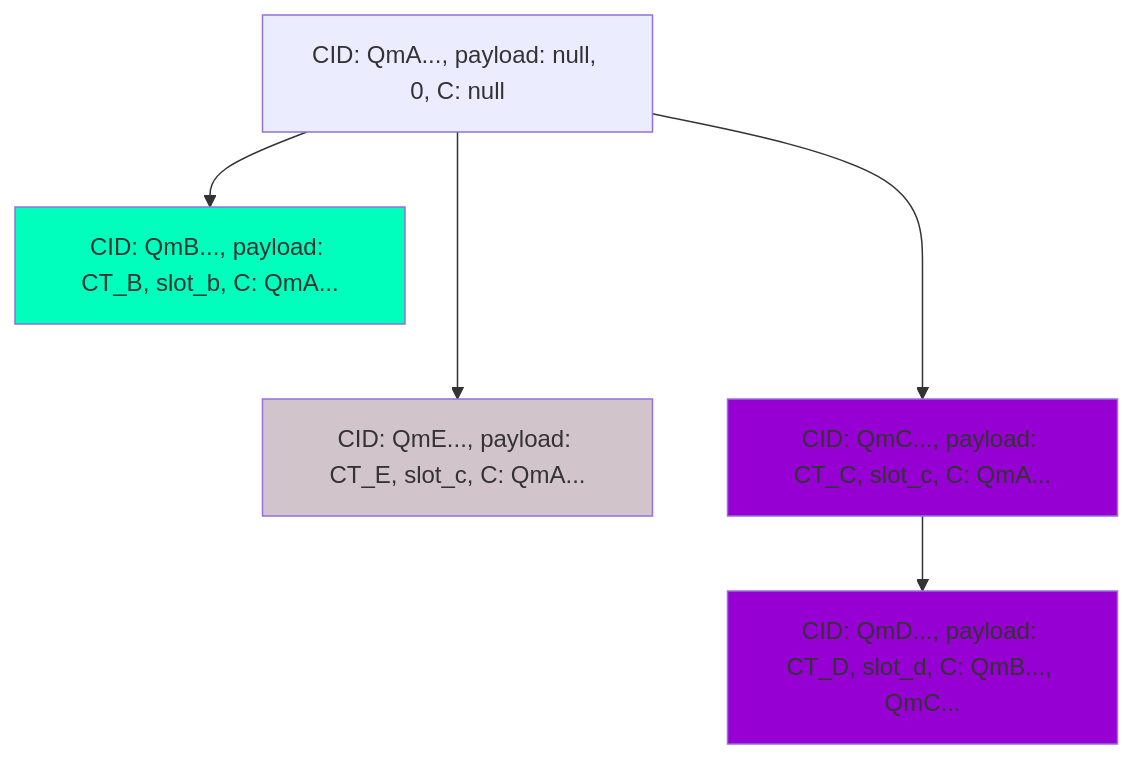
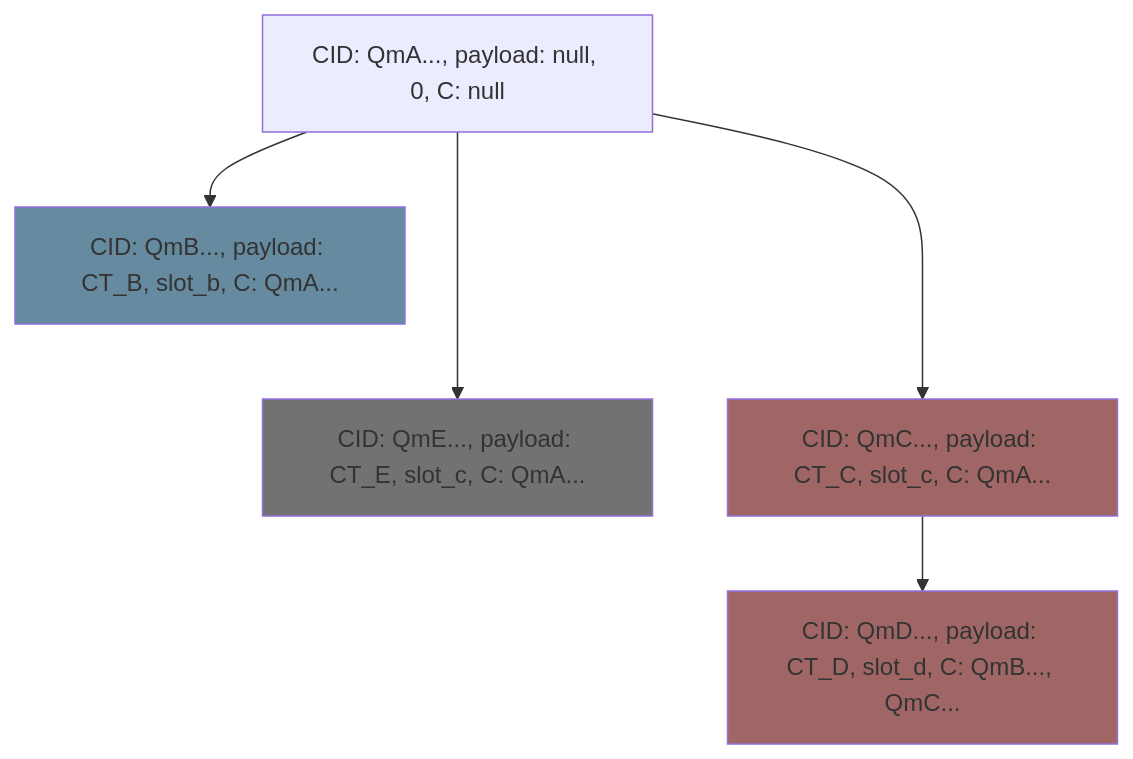
Before and after one commit to ideal-lab5/Grants-Program: the fourth of 7 diagrams in applications/etf_network.md, drawn with Mermaid. The commit also changed other lines of this file, not shown here.

````diff
--- a/applications/etf_network.md
+++ b/applications/etf_network.md
@@ -146,12 +148,12 @@
 ```mermaid
 graph TD;
    A[CID: QmA..., payload: null, 0, C: null]-->B[CID: QmB..., payload: CT_B, slot_b, C: QmA...];
    A--->E[CID: QmE..., payload: CT_E, slot_c, C: QmA...];
    A--->C[CID: QmC..., payload: CT_C, slot_c, C: QmA...];
    C-->D[CID: QmD..., payload: CT_D, slot_d, C: QmB..., QmC...];
 
-   style B fill:#00FFBD;
-   style C fill:#9600d3;
-   style D fill:#9600d3;
-   style E fill:#d1c5cb;
+   style B fill:#668ba0;
+   style C fill:#a06666;
+   style D fill:#a06666;
+   style E fill:#727272;
 ```
````
